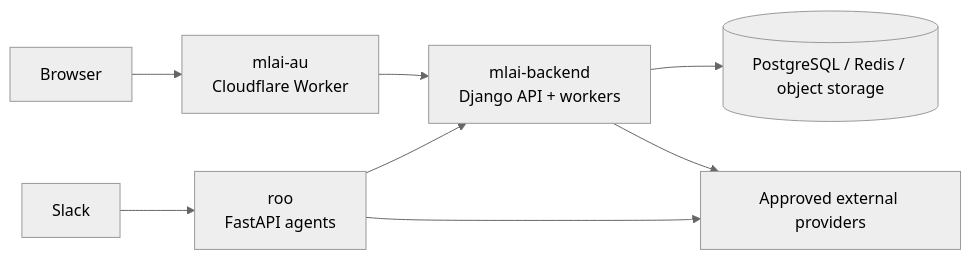
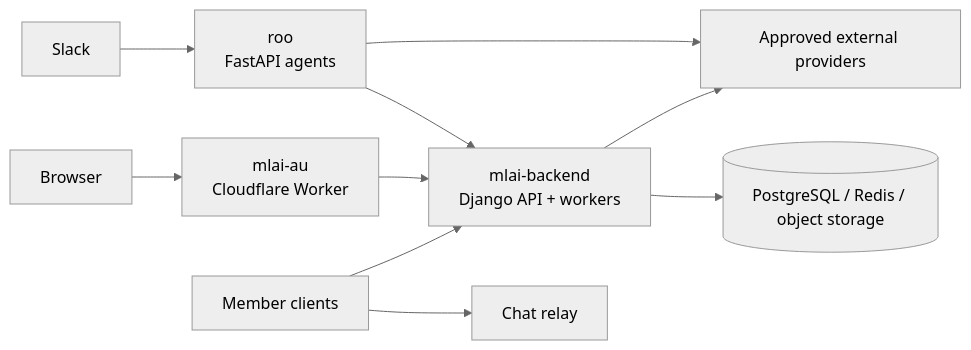
One commit to MLAI-AUS-Inc/mlai-engineering-start-here changed the diagram in ARCHITECTURE.md. Above: the diagram before and after it, drawn with Mermaid (neutral theme). The commit also changed other lines of this file and 7 other files, not shown here.

````diff
--- a/ARCHITECTURE.md
+++ b/ARCHITECTURE.md
@@ -16,18 +16,20 @@
 ```mermaid
 flowchart LR
     Browser[Browser]
     Slack[Slack]
     AU[mlai-au\nCloudflare Worker]
     API[mlai-backend\nDjango API + workers]
     Roo[roo\nFastAPI agents]
     Data[(PostgreSQL / Redis / object storage)]
     Providers[Approved external providers]
 
+    Member[Member clients] --> Chat[Chat relay]
+    Member --> API
     Browser --> AU
     Slack --> Roo
     AU --> API
     Roo --> API
     API --> Data
     API --> Providers
     Roo --> Providers
 ```
````
